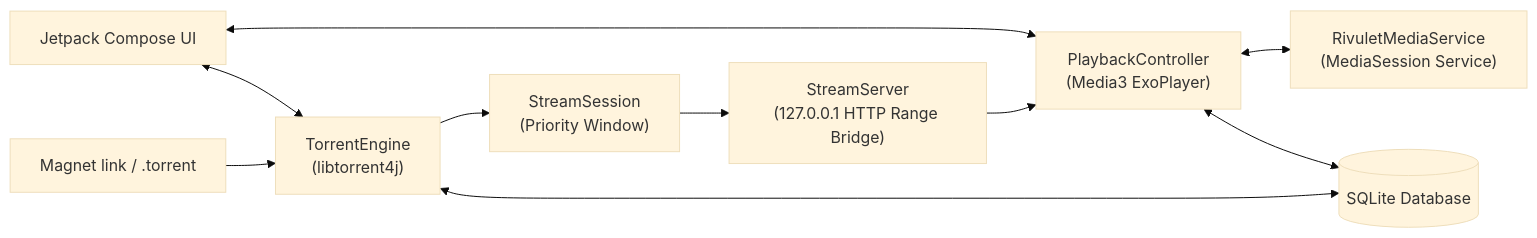
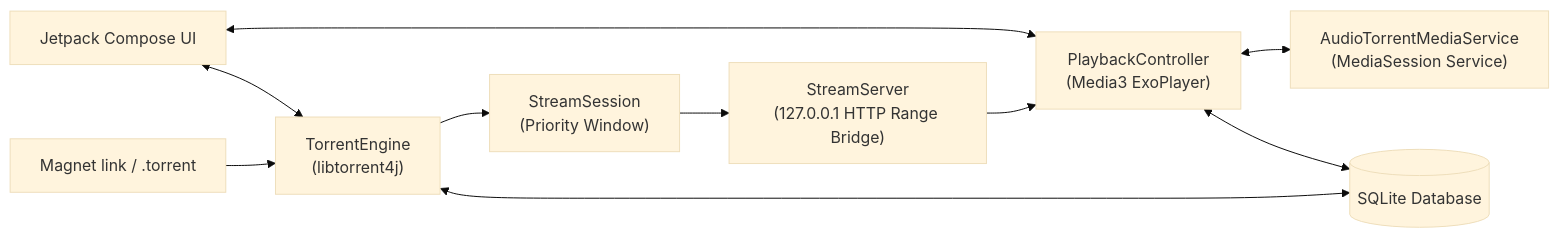
One commit to rabit314/AudioTorrent changed the diagram in README.md. Above: the diagram before and after it, drawn with Mermaid (base theme). The commit also changed 260 other files, not shown here.

Commit message:
Rename package and branding to AudioTorrent everywhere

````diff
--- a/README.md
+++ b/README.md
@@ -65,12 +65,12 @@
 ```mermaid
 flowchart LR
     Input["Magnet link / .torrent"] --> Engine["TorrentEngine<br/>(libtorrent4j)"]
     Engine --> Session["StreamSession<br/>(Priority Window)"]
     Session --> HTTP["StreamServer<br/>(127.0.0.1 HTTP Range Bridge)"]
     HTTP --> Player["PlaybackController<br/>(Media3 ExoPlayer)"]
-    Player <--> Service["RivuletMediaService<br/>(MediaSession Service)"]
+    Player <--> Service["AudioTorrentMediaService<br/>(MediaSession Service)"]
     UI["Jetpack Compose UI"] <--> Player
     UI <--> Engine
     Engine <--> DB[("SQLite Database")]
     Player <--> DB
 ```
````
